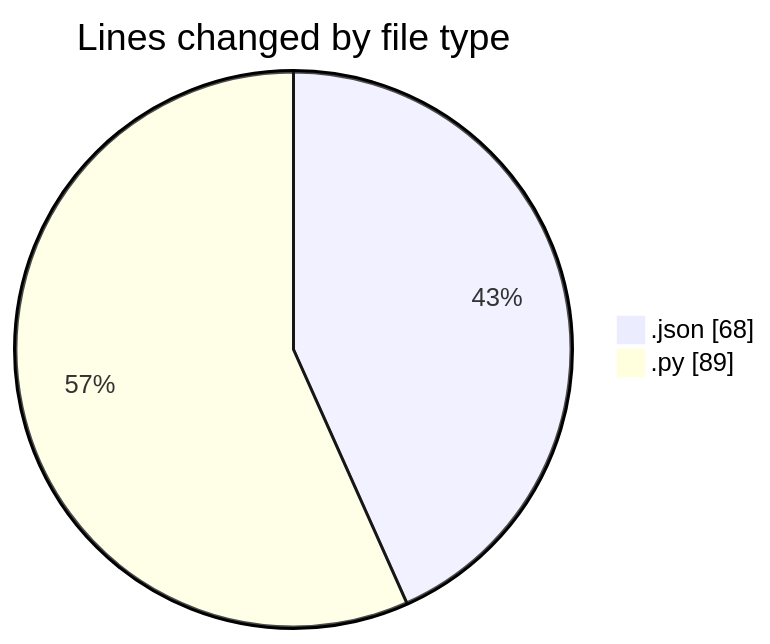
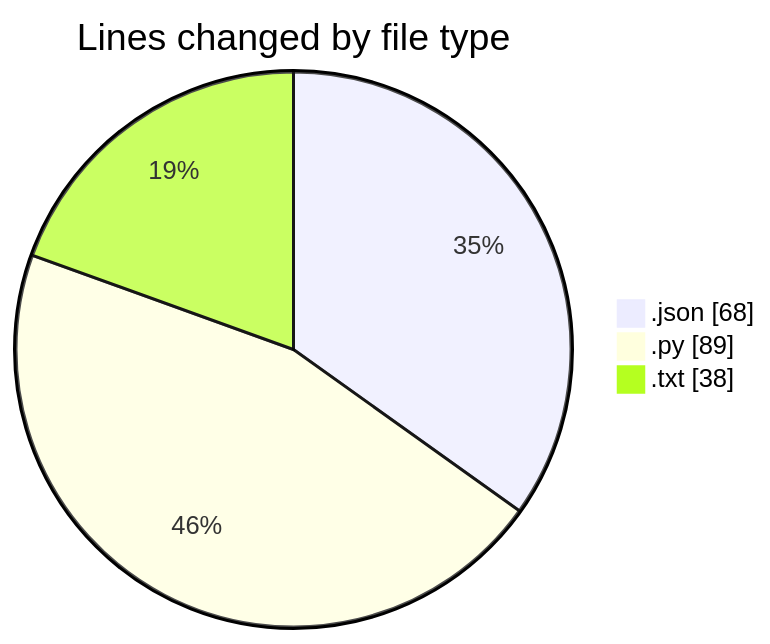
The first of 2 diagrams in 2025-01-26/samplepdf/README.md (momahboobian/code-tracking), drawn with Mermaid before and after one commit. The commit also changed other lines of this file and 1 other file, not shown here.

````diff
--- a/2025-01-26/samplepdf/README.md
+++ b/2025-01-26/samplepdf/README.md
@@ -21,6 +22,7 @@
 ```mermaid
 pie showData
 title Lines changed by file type
 ".json" : 68
 ".py" : 89
+".txt" : 38
 ```
````
